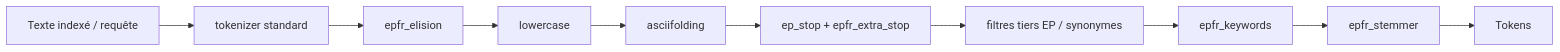
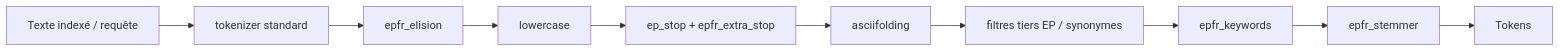
The first of 2 diagrams in docs/french-search-algorithm.md (BeAPI/elasticpress-french-addon), drawn with Mermaid before and after one commit. The commit also changed other lines of this file and 17 other files, not shown here.

````diff
--- a/docs/french-search-algorithm.md
+++ b/docs/french-search-algorithm.md
@@ -23,12 +25,12 @@
 ```mermaid
 flowchart LR
   text[Texte indexé / requête] --> tok[tokenizer standard]
   tok --> elision[epfr_elision]
   elision --> lower[lowercase]
-  lower --> ascii[asciifolding]
-  ascii --> stop[ep_stop + epfr_extra_stop]
-  stop --> syn[filtres tiers EP / synonymes]
+  lower --> stop[ep_stop + epfr_extra_stop]
+  stop --> ascii[asciifolding]
+  ascii --> syn[filtres tiers EP / synonymes]
   syn --> kw[epfr_keywords]
   kw --> stem[epfr_stemmer]
   stem --> tokens[Tokens]
 ```
````
